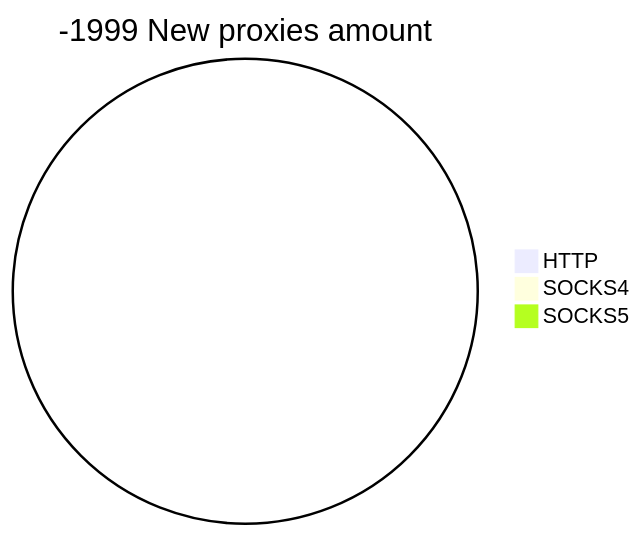
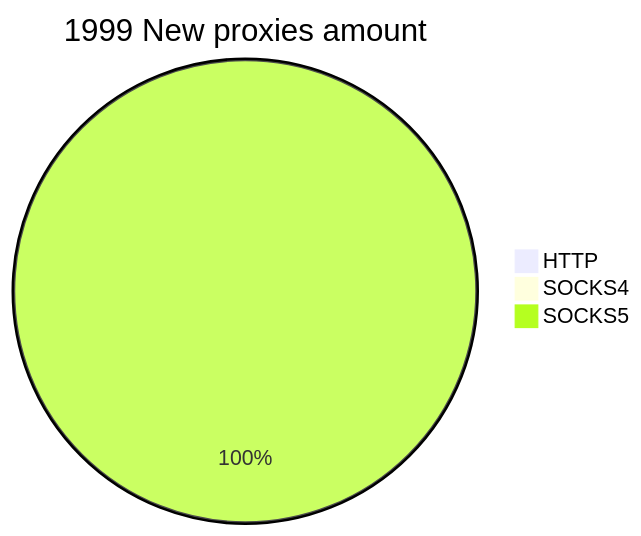
One commit to cutipu/proxylist changed the second of 2 diagrams in README.md. Above: the diagram before and after it, drawn with Mermaid. The commit also changed other lines of this file, not shown here.

````diff
--- a/README.md
+++ b/README.md
@@ -10,6 +10,6 @@
 ```mermaid
-pie title -1999 New proxies amount
+pie title 1999 New proxies amount
     "HTTP" : 0
     "SOCKS4" : 0
-    "SOCKS5" : 0
+    "SOCKS5" : 1999
 ```
````
